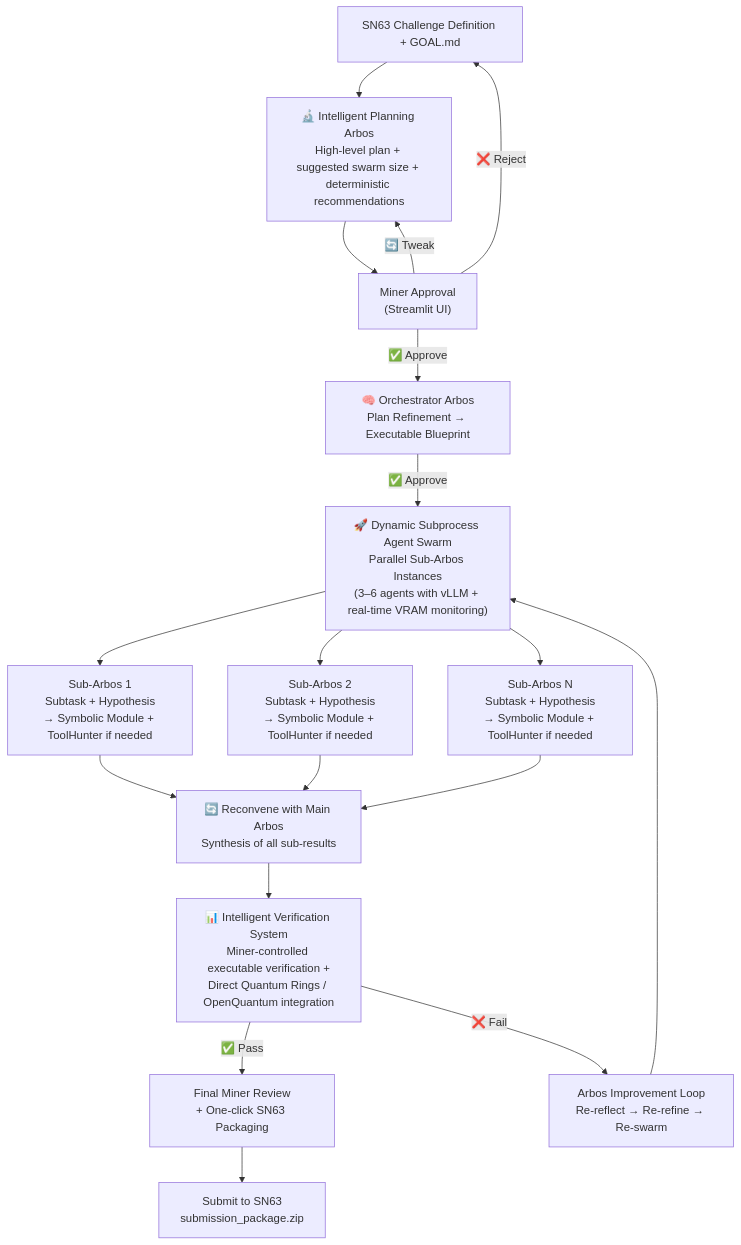
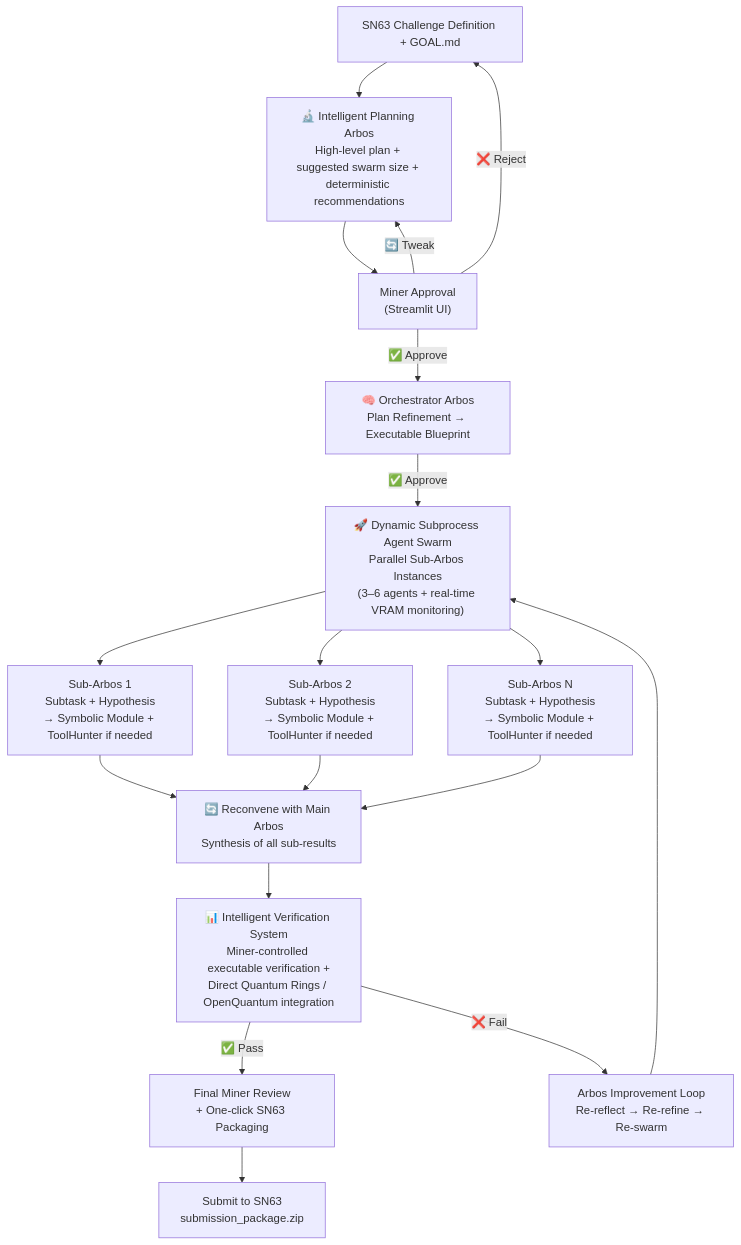
One commit to jbequ5/Enigma-Machine-Miner changed the diagram in README.md. Above: the diagram before and after it, drawn with Mermaid. The commit also changed other lines of this file, not shown here.

````diff
--- a/README.md
+++ b/README.md
@@ -11,27 +11,27 @@
 ```mermaid
 flowchart TD
     A["SN63 Challenge Definition + GOAL.md"] 
     --> B["🔬 Intelligent Planning Arbos<br/>High-level plan + suggested swarm size + deterministic recommendations"]
 
     B --> C["Miner Approval<br/>(Streamlit UI)"]
     C -->|"✅ Approve"| D["🧠 Orchestrator Arbos<br/>Plan Refinement → Executable Blueprint"]
     C -->|"🔄 Tweak"| B
     C -->|"❌ Reject"| A
 
-    D -->|"✅ Approve"| E["🚀 Dynamic Subprocess Agent Swarm<br/>Parallel Sub-Arbos Instances<br/>(3–6 agents with vLLM + real-time VRAM monitoring)"]
+    D -->|"✅ Approve"| E["🚀 Dynamic Subprocess Agent Swarm<br/>Parallel Sub-Arbos Instances<br/>(3–6 agents + real-time VRAM monitoring)"]
 
     E --> F1["Sub-Arbos 1<br/>Subtask + Hypothesis<br/>→ Symbolic Module + ToolHunter if needed"]
     E --> F2["Sub-Arbos 2<br/>Subtask + Hypothesis<br/>→ Symbolic Module + ToolHunter if needed"]
     E --> FN["Sub-Arbos N<br/>Subtask + Hypothesis<br/>→ Symbolic Module + ToolHunter if needed"]
 
     F1 & F2 & FN --> G["🔄 Reconvene with Main Arbos<br/>Synthesis of all sub-results"]
 
     G --> H["📊 Intelligent Verification System<br/>Miner-controlled executable verification +<br/>Direct Quantum Rings / OpenQuantum integration"]
 
     H -->|"✅ Pass"| I["Final Miner Review<br/>+ One-click SN63 Packaging"]
     H -->|"❌ Fail"| J["Arbos Improvement Loop<br/>Re-reflect → Re-refine → Re-swarm"]
 
     J --> E
 
     I --> K["Submit to SN63<br/>submission_package.zip"]
 ```
````
